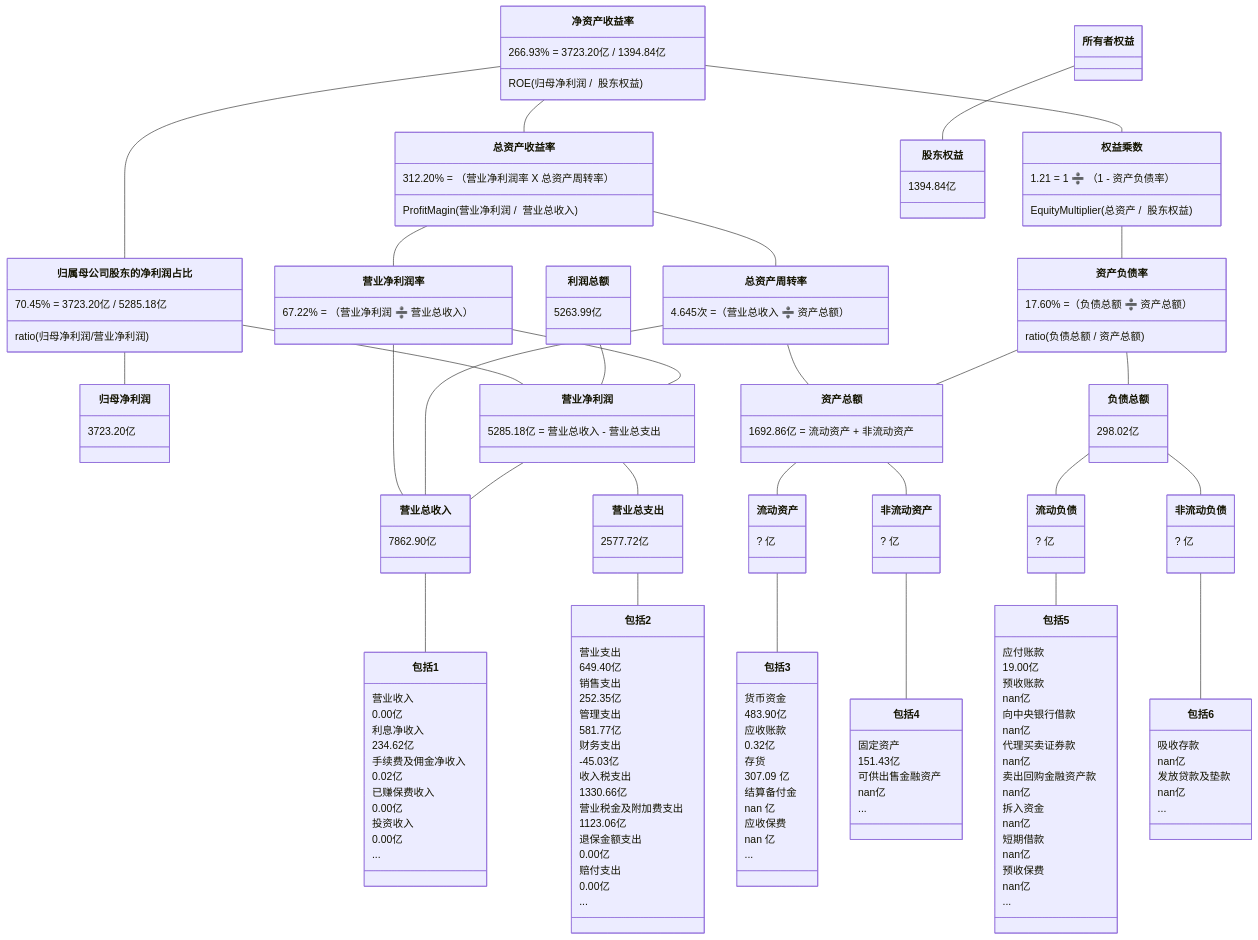
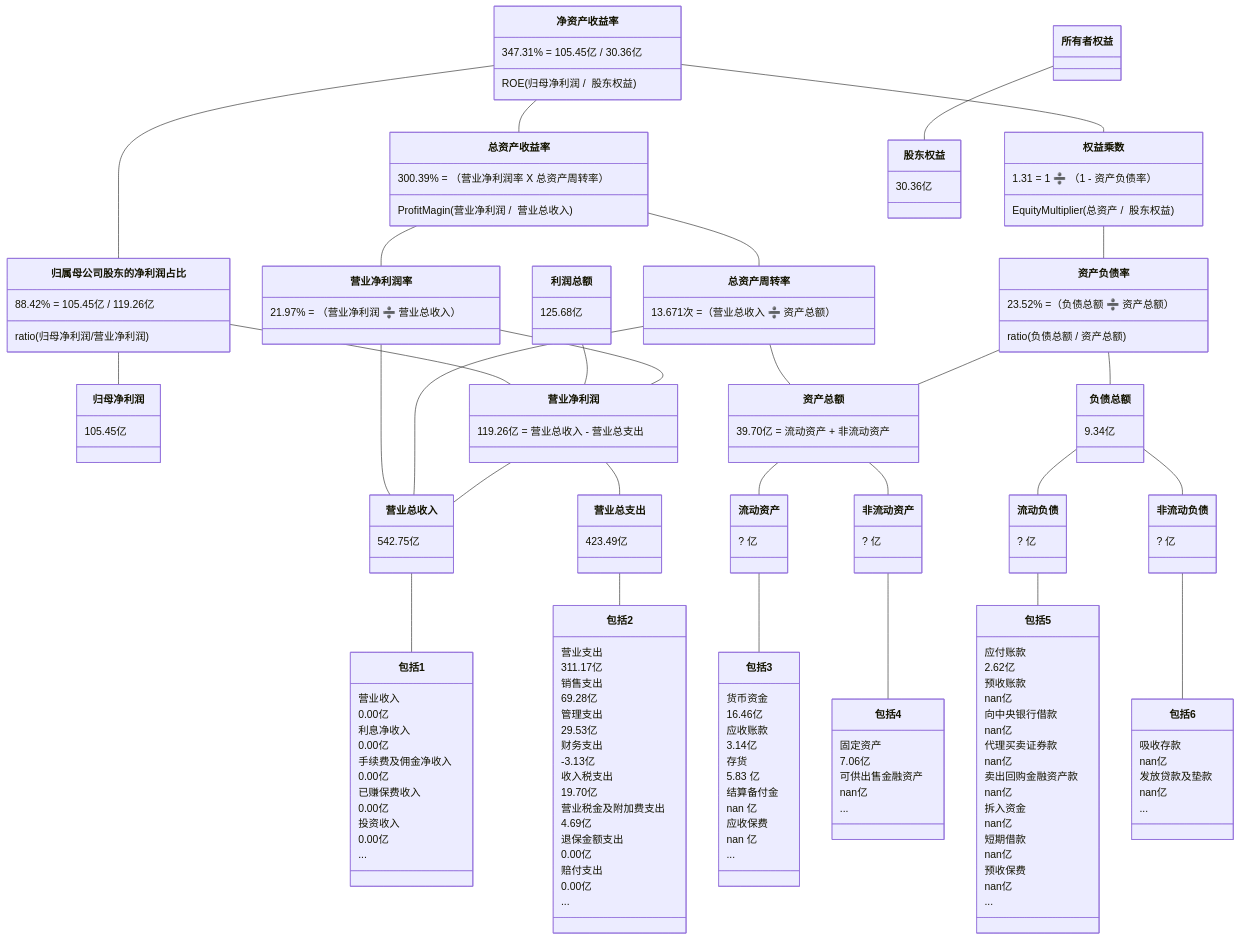
The sixth of 10 diagrams in 2/2.md (TheVeryDarkness/cs410), drawn with Mermaid before and after one commit. The commit also changed other lines of this file and 53 other files, not shown here.

````diff
--- a/2/2.md
+++ b/2/2.md
@@ -823,45 +895,45 @@
 ```mermaid
 classDiagram
 净资产收益率 -- 总资产收益率
-    净资产收益率 : 266.93% = 3723.20亿 / 1394.84亿
+    净资产收益率 : 347.31% = 105.45亿 / 30.36亿
     净资产收益率 : ROE(归母净利润 /  股东权益)
-    总资产收益率 : 312.20% = （营业净利润率 X 总资产周转率）
+    总资产收益率 : 300.39% = （营业净利润率 X 总资产周转率）
     总资产收益率 : ProfitMagin(营业净利润 /  营业总收入)
 净资产收益率 -- 归属母公司股东的净利润占比
-	  归属母公司股东的净利润占比 : 70.45% = 3723.20亿 / 5285.18亿
+	  归属母公司股东的净利润占比 : 88.42% = 105.45亿 / 119.26亿
 	  归属母公司股东的净利润占比 : ratio(归母净利润/营业净利润)
 归属母公司股东的净利润占比 -- 归母净利润
-    归母净利润 : 3723.20亿
+    归母净利润 : 105.45亿
 归属母公司股东的净利润占比 -- 营业净利润
-利润总额 : 5263.99亿
+利润总额 : 125.68亿
 利润总额 -- 营业净利润
 净资产收益率 -- 权益乘数
-    权益乘数 : 1.21 = 1 ➗ （1 - 资产负债率）
+    权益乘数 : 1.31 = 1 ➗ （1 - 资产负债率）
     权益乘数 : EquityMultiplier(总资产 /  股东权益)
 
 总资产收益率 -- 营业净利润率
-    营业净利润率 : 67.22% = （营业净利润 ➗ 营业总收入）
+    营业净利润率 : 21.97% = （营业净利润 ➗ 营业总收入）
 总资产收益率 -- 总资产周转率
-    总资产周转率 : 4.645次 =（营业总收入 ➗ 资产总额）
+    总资产周转率 : 13.671次 =（营业总收入 ➗ 资产总额）
 权益乘数 -- 资产负债率
-    资产负债率  : 17.60% =（负债总额 ➗ 资产总额）
+    资产负债率  : 23.52% =（负债总额 ➗ 资产总额）
     资产负债率  : ratio(负债总额 / 资产总额)
 
 营业净利润率 -- 营业净利润
-    营业净利润 : 5285.18亿 = 营业总收入 - 营业总支出
+    营业净利润 : 119.26亿 = 营业总收入 - 营业总支出
 营业净利润率 -- 营业总收入
 总资产周转率 -- 营业总收入
 总资产周转率 -- 资产总额
-    资产总额 : 1692.86亿 = 流动资产 + 非流动资产
+    资产总额 : 39.70亿 = 流动资产 + 非流动资产
 资产负债率 -- 负债总额
-    负债总额 : 298.02亿
+    负债总额 : 9.34亿
 资产负债率 -- 资产总额
 
 
 营业净利润 -- 营业总收入
-    营业总收入 : 7862.90亿
+    营业总收入 : 542.75亿
 营业净利润 -- 营业总支出
-    营业总支出 : 2577.72亿
+    营业总支出 : 423.49亿
 资产总额 -- 流动资产
 	  流动资产 : ? 亿
 资产总额 -- 非流动资产
@@ -875,9 +947,9 @@
     包括1 : 营业收入
     包括1 : 0.00亿
     包括1 : 利息净收入
-    包括1 : 234.62亿
+    包括1 : 0.00亿
     包括1 : 手续费及佣金净收入
-    包括1 : 0.02亿
+    包括1 : 0.00亿
     包括1 : 已赚保费收入
     包括1 : 0.00亿
     包括1 : 投资收入
@@ -885,17 +957,17 @@
     包括1 : ...
 营业总支出 -- 包括2
     包括2 : 营业支出
-    包括2 : 649.40亿
+    包括2 : 311.17亿
     包括2 : 销售支出
-    包括2 : 252.35亿
+    包括2 : 69.28亿
     包括2 : 管理支出
-    包括2 : 581.77亿
+    包括2 : 29.53亿
     包括2 : 财务支出
-    包括2 : -45.03亿
+    包括2 : -3.13亿
     包括2 : 收入税支出
-    包括2 : 1330.66亿
+    包括2 : 19.70亿
     包括2 : 营业税金及附加费支出
-    包括2 : 1123.06亿
+    包括2 : 4.69亿
     包括2 : 退保金额支出
     包括2 : 0.00亿
     包括2 : 赔付支出
@@ -903,11 +975,11 @@
     包括2 : ...
 流动资产 -- 包括3
     包括3 : 货币资金
-    包括3 : 483.90亿
+    包括3 : 16.46亿
     包括3 : 应收账款
-    包括3 : 0.32亿
+    包括3 : 3.14亿
     包括3 : 存货
-    包括3 : 307.09 亿
+    包括3 : 5.83 亿
     包括3 : 结算备付金
     包括3 : nan 亿
     包括3 : 应收保费
@@ -915,13 +987,13 @@
     包括3 : ...
 非流动资产 -- 包括4
     包括4 : 固定资产
-    包括4 : 151.43亿
+    包括4 : 7.06亿
     包括4 : 可供出售金融资产
     包括4 : nan亿
     包括4 : ...
 流动负债 -- 包括5
     包括5 : 应付账款
-    包括5 : 19.00亿
+    包括5 : 2.62亿
     包括5 : 预收账款
     包括5 : nan亿
     包括5 : 向中央银行借款
@@ -944,5 +1016,5 @@
     包括6 : nan亿
     包括6 : ...
 所有者权益 -- 股东权益
-    股东权益 : 1394.84亿
+    股东权益 : 30.36亿
 ```
````
